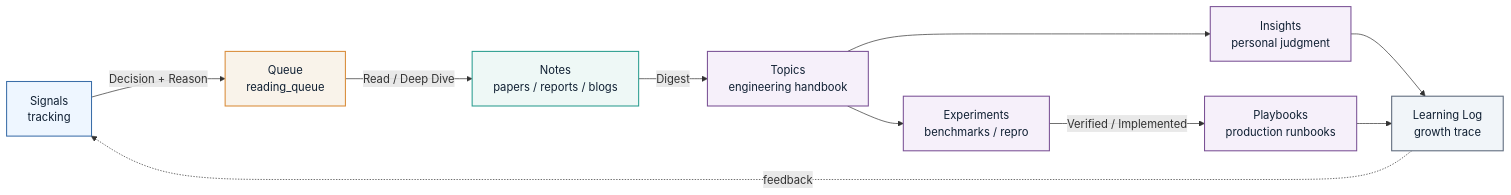
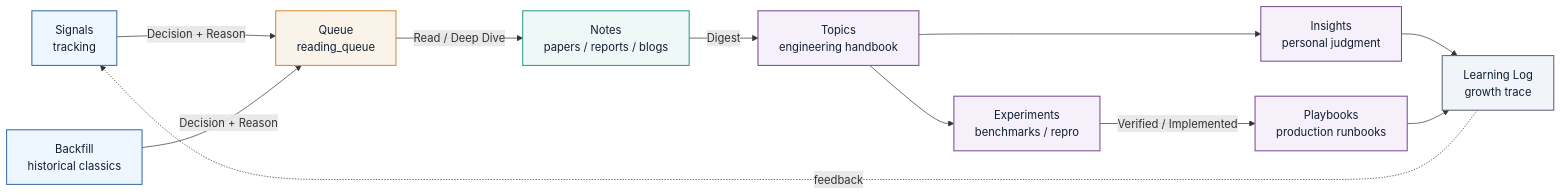
Before and after one commit to zbw-ai/ReadBase: the first of 4 diagrams in training-infra-roadmap/KNOWLEDGE_GRAPH.md, drawn with Mermaid. The commit also changed other lines of this file and 11 other files, not shown here.

Commit message:
Add historical backfill for Agentic RL infra

````diff
--- a/training-infra-roadmap/KNOWLEDGE_GRAPH.md
+++ b/training-infra-roadmap/KNOWLEDGE_GRAPH.md
@@ -16,32 +16,34 @@
 ```mermaid
 flowchart LR
   S["Signals<br/>tracking"]
+  H["Backfill<br/>historical classics"]
   Q["Queue<br/>reading_queue"]
   N["Notes<br/>papers / reports / blogs"]
   T["Topics<br/>engineering handbook"]
   I["Insights<br/>personal judgment"]
   E["Experiments<br/>benchmarks / repro"]
   P["Playbooks<br/>production runbooks"]
   L["Learning Log<br/>growth trace"]
 
   S -->|Decision + Reason| Q
+  H -->|Decision + Reason| Q
   Q -->|Read / Deep Dive| N
   N -->|Digest| T
   T --> I
   T --> E
   E -->|Verified / Implemented| P
   I --> L
   P --> L
   L -.feedback.-> S
 
   classDef signal fill:#eef6ff,stroke:#3b6ea8,color:#102033,stroke-width:1.5px
   classDef queue fill:#f9f3ea,stroke:#d98c38,color:#102033,stroke-width:1.5px
   classDef note fill:#eef8f6,stroke:#2a9d8f,color:#102033,stroke-width:1.5px
   classDef product fill:#f6f0fa,stroke:#7a5195,color:#102033,stroke-width:1.5px
   classDef loop fill:#f1f5f9,stroke:#5b677a,color:#102033,stroke-width:1.5px
-  class S signal
+  class S,H signal
   class Q queue
   class N note
   class T,I,E,P product
   class L loop
 ```
````
